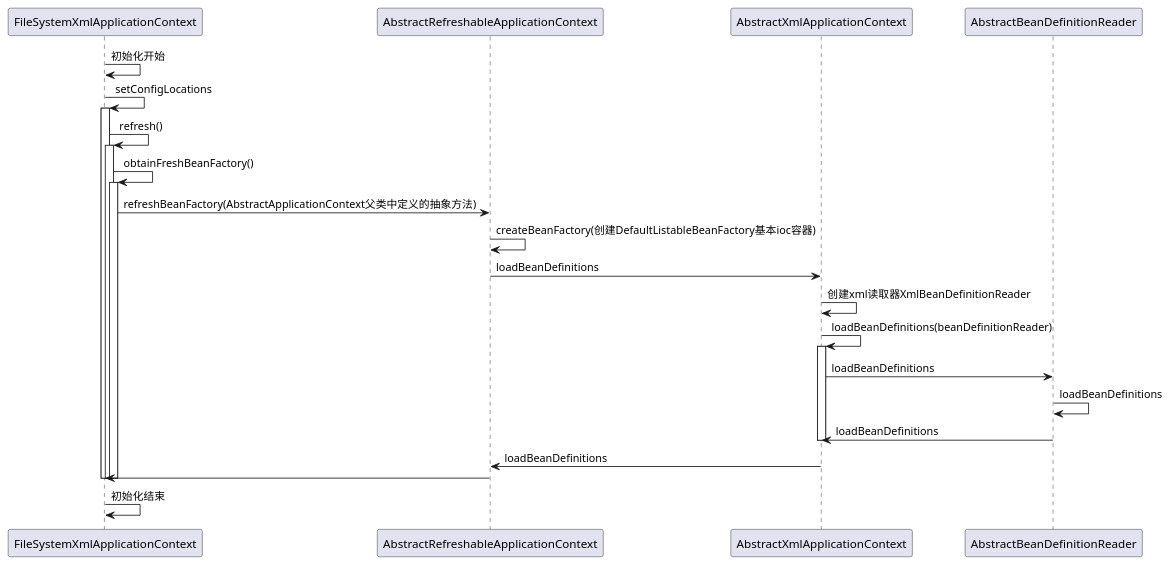
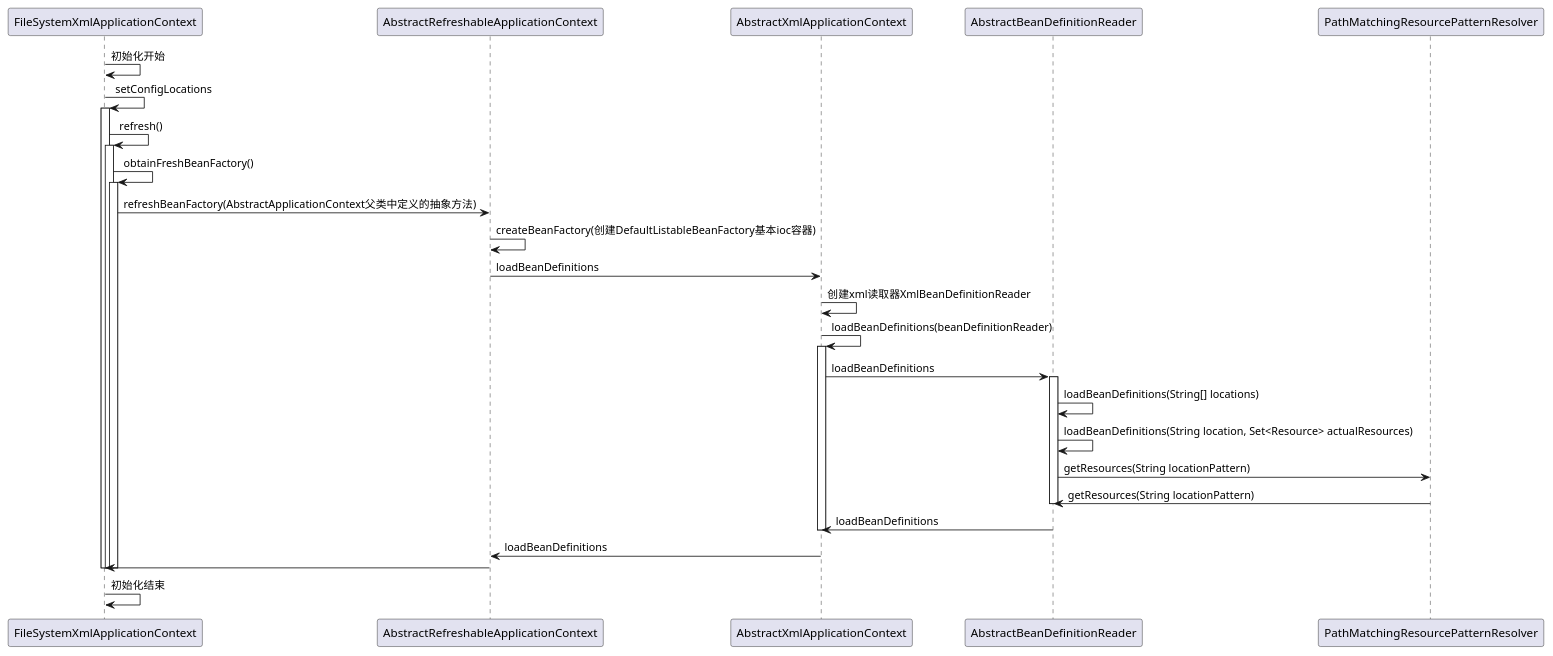
One commit to chujun/spring-framework changed the diagram in doc/BeanDefinitionResource定位.puml. Above: the diagram before and after it, drawn with PlantUML.

Commit message:
temp save:import PathMatchingResourcePatternResolver

```diff
--- a/doc/BeanDefinitionResource定位.puml
+++ b/doc/BeanDefinitionResource定位.puml
@@ -1,33 +1,42 @@
 @startuml
 participant FileSystemXmlApplicationContext as main
 participant AbstractRefreshableApplicationContext as AbsRefContext
 participant AbstractXmlApplicationContext as absXmlContext
 participant AbstractBeanDefinitionReader as absReader
+participant PathMatchingResourcePatternResolver as pathResourceResolver
 main ->main : 初始化开始
 main -> main :setConfigLocations
 activate main
 main -> main: refresh()
 activate main
 main -> main: obtainFreshBeanFactory()
 activate main
 
 
 main -> AbsRefContext: refreshBeanFactory(AbstractApplicationContext父类中定义的抽象方法)
 AbsRefContext->AbsRefContext:createBeanFactory(创建DefaultListableBeanFactory基本ioc容器)
 AbsRefContext -> absXmlContext:loadBeanDefinitions
 absXmlContext->absXmlContext:创建xml读取器XmlBeanDefinitionReader
 absXmlContext->absXmlContext:loadBeanDefinitions(beanDefinitionReader)
 activate absXmlContext
 absXmlContext->absReader :loadBeanDefinitions
-absReader -> absReader :loadBeanDefinitions
+
+activate absReader
+absReader -> absReader :loadBeanDefinitions(String[] locations)
+absReader -> absReader :loadBeanDefinitions(String location, Set<Resource> actualResources)
+absReader->pathResourceResolver:getResources(String locationPattern)
+pathResourceResolver->absReader:getResources(String locationPattern)
+deactivate absReader
+
+
 absReader->absXmlContext :loadBeanDefinitions
 deactivate absXmlContext
 absXmlContext -> AbsRefContext:loadBeanDefinitions
 AbsRefContext -> main:
 
 
 deactivate main
 deactivate main
 deactivate main
 main ->main : 初始化结束
 @enduml
```
